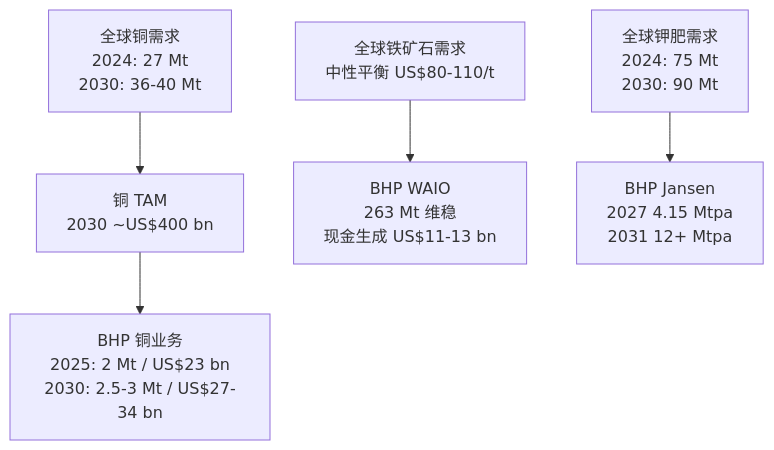
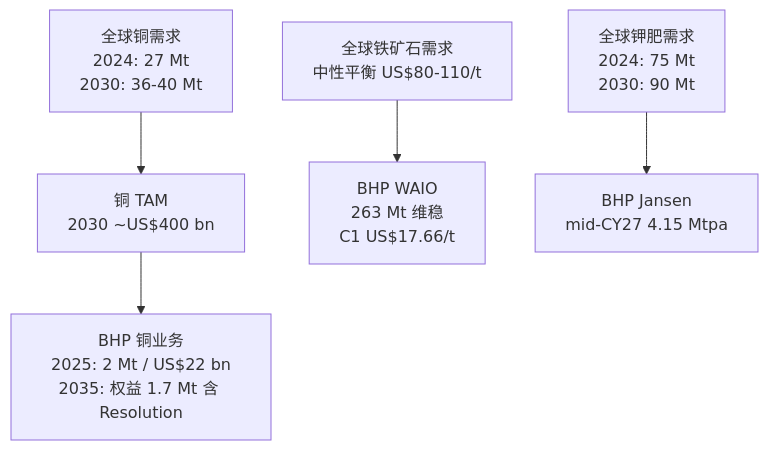
Before and after one commit to dadachundan/financial_agent: the fifth of 5 diagrams in reports/company/BHP_NYSE_BHP/BHP_NYSE_BHP_公司研究.md, drawn with Mermaid. The commit also changed other lines of this file and 10 other files, not shown here.

First line of the commit message:
feat(company-research): refresh BHP (BHP) to current spec — decision layer + 10 SVG charts

````diff
--- a/reports/company/BHP_NYSE_BHP/BHP_NYSE_BHP_公司研究.md
+++ b/reports/company/BHP_NYSE_BHP/BHP_NYSE_BHP_公司研究.md
@@ -356,7 +1006,7 @@
 ```mermaid
 graph TD
   Cu_Demand[全球铜需求<br/>2024: 27 Mt<br/>2030: 36-40 Mt] --> Cu_TAM[铜 TAM<br/>2030 ~US$400 bn]
-  Cu_TAM --> BHP_Cu[BHP 铜业务<br/>2025: 2 Mt / US$23 bn<br/>2030: 2.5-3 Mt / US$27-34 bn]
-  Fe_Demand[全球铁矿石需求<br/>中性平衡 US$80-110/t] --> BHP_Fe[BHP WAIO<br/>263 Mt 维稳<br/>现金生成 US$11-13 bn]
-  K_Demand[全球钾肥需求<br/>2024: 75 Mt<br/>2030: 90 Mt] --> BHP_K[BHP Jansen<br/>2027 4.15 Mtpa<br/>2031 12+ Mtpa]
+  Cu_TAM --> BHP_Cu[BHP 铜业务<br/>2025: 2 Mt / US$22 bn<br/>2035: 权益 1.7 Mt 含 Resolution]
+  Fe_Demand[全球铁矿石需求<br/>中性平衡 US$80-110/t] --> BHP_Fe[BHP WAIO<br/>263 Mt 维稳<br/>C1 US$17.66/t]
+  K_Demand[全球钾肥需求<br/>2024: 75 Mt<br/>2030: 90 Mt] --> BHP_K[BHP Jansen<br/>mid-CY27 4.15 Mtpa]
 ```
````
